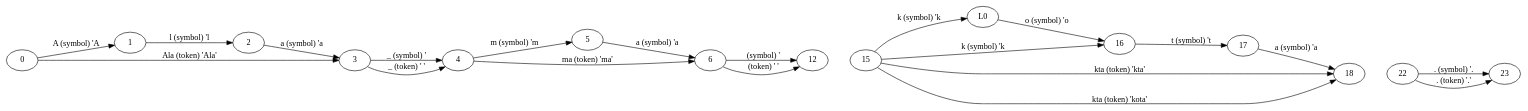
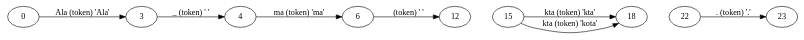
The diagram in formats/gv/m/filter/pl_sample_nocomments.out.dot (manicki/psi-toolkit), drawn with Graphviz before and after one commit. The commit also changed 17 other files, not shown here.

```diff
--- a/formats/gv/m/filter/pl_sample_nocomments.out.dot
+++ b/formats/gv/m/filter/pl_sample_nocomments.out.dot
@@ -1,26 +1,13 @@
 digraph g {
 	node [label="\N"];
 	graph [rankdir=LR];
-	0 -> 1 [label="A (symbol) 'A"];
-	1 -> 2 [label="l (symbol) 'l"];
-	2 -> 3 [label="a (symbol) 'a"];
 	0 -> 3 [label="Ala (token) 'Ala'"];
-	3 -> 4 [label="_ (symbol) ' "];
 	3 -> 4 [label="_ (token) ' '"];
-	4 -> 5 [label="m (symbol) 'm"];
-	5 -> 6 [label="a (symbol) 'a"];
 	4 -> 6 [label="ma (token) 'ma'"];
-	6 -> 12 [label="&nbsp; (symbol) ' "];
 	6 -> 12 [label="&nbsp; (token) ' '"];
-	15 -> L0 [label="k (symbol) 'k"];
-	15 -> 16 [label="k (symbol) 'k"];
-	L0 -> 16 [label="o (symbol) 'o"];
-	16 -> 17 [label="t (symbol) 't"];
-	17 -> 18 [label="a (symbol) 'a"];
 	15 -> 18 [label="kta (token) 'kta'"];
 	15 -> 18 [label="kta (token) 'kota'"];
-	22 -> 23 [label=". (symbol) '."];
 	22 -> 23 [label=". (token) '.'"];
 	12 -> 15 [style=invis];
 	18 -> 22 [style=invis];
 }
```
